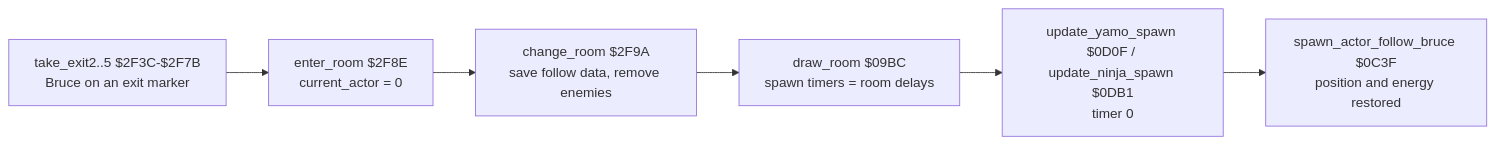
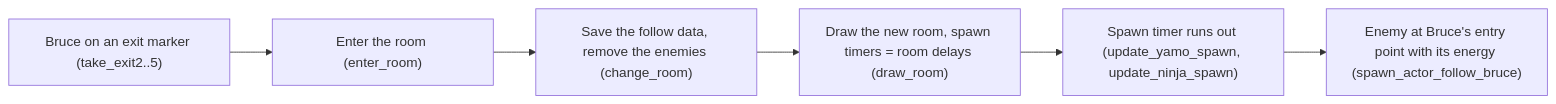
The second of 2 diagrams in bruce_lee/docs/combat.md (henols/c64_games), drawn with Mermaid before and after one commit. The commit also changed other lines of this file and 124 other files, not shown here.

````diff
--- a/bruce_lee/docs/combat.md
+++ b/bruce_lee/docs/combat.md
@@ -379,8 +281,8 @@
 ```mermaid
 flowchart LR
-  EX["take_exit2..5 $2F3C-$2F7B<br/>Bruce on an exit marker"] --> ER["enter_room $2F8E<br/>current_actor = 0"]
-  ER --> CR["change_room $2F9A<br/>save follow data, remove enemies"]
-  CR --> DR["draw_room $09BC<br/>spawn timers = room delays"]
-  DR --> SP["update_yamo_spawn $0D0F / update_ninja_spawn $0DB1<br/>timer 0"]
-  SP --> FB["spawn_actor_follow_bruce $0C3F<br/>position and energy restored"]
+  EX["Bruce on an exit marker (take_exit2..5)"] --> ER["Enter the room (enter_room)"]
+  ER --> CR["Save the follow data, remove the enemies (change_room)"]
+  CR --> DR["Draw the new room, spawn timers = room delays (draw_room)"]
+  DR --> SP["Spawn timer runs out (update_yamo_spawn, update_ninja_spawn)"]
+  SP --> FB["Enemy at Bruce's entry point with its energy (spawn_actor_follow_bruce)"]
 ```
````
